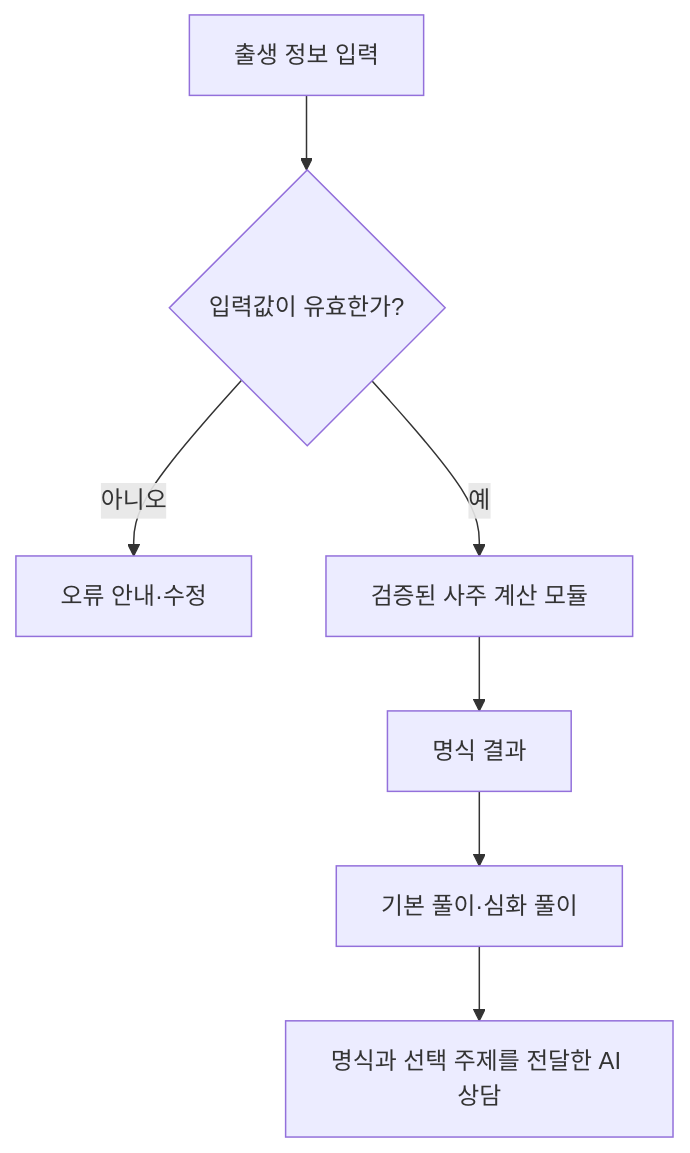
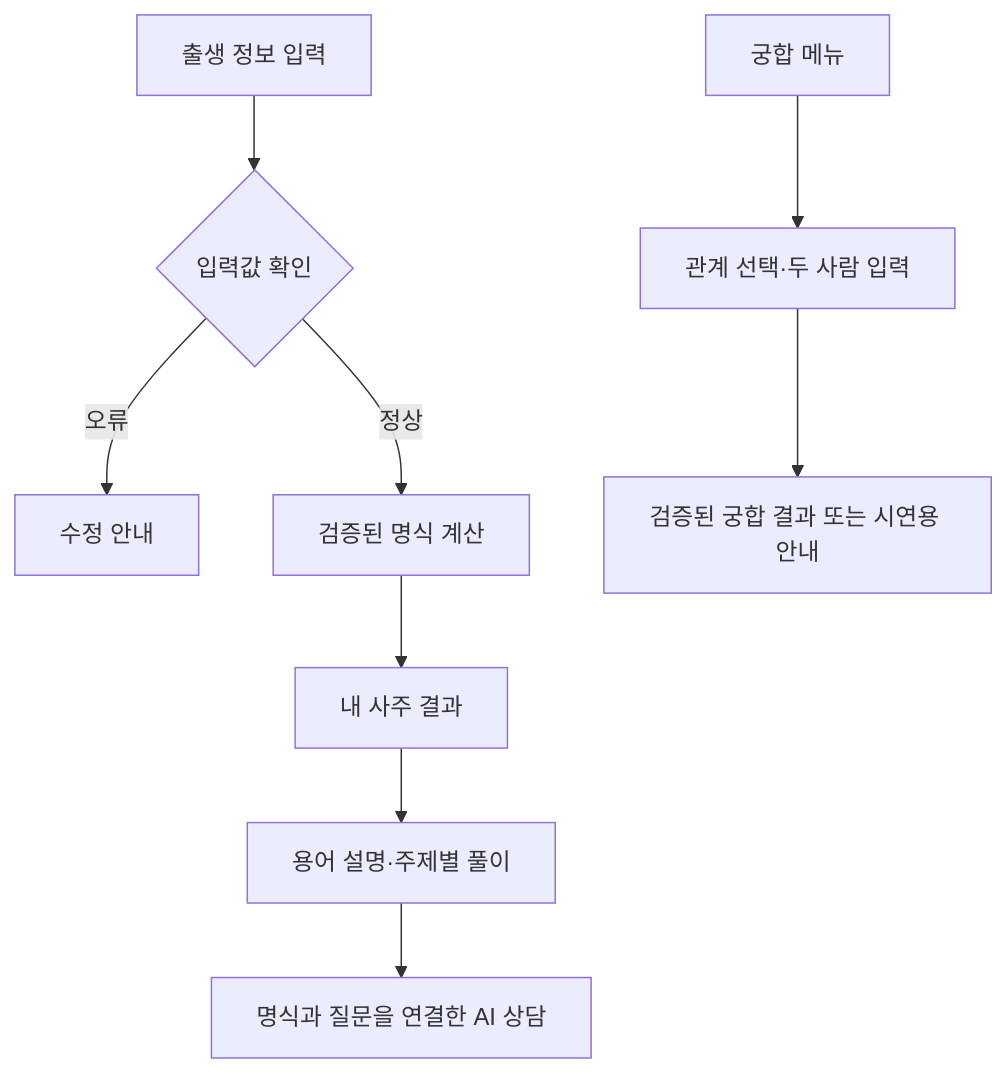
The diagram in README.md (momoorr/POPO), drawn with Mermaid before and after one commit. The commit also changed other lines of this file, not shown here.

````diff
--- a/README.md
+++ b/README.md
@@ -76,9 +78,11 @@
 ```mermaid
 flowchart TD
-    A[출생 정보 입력] --> B{입력값이 유효한가?}
-    B -->|아니오| C[오류 안내·수정]
-    B -->|예| D[검증된 사주 계산 모듈]
-    D --> E[명식 결과]
-    E --> F[기본 풀이·심화 풀이]
-    F --> G[명식과 선택 주제를 전달한 AI 상담]
+    A[출생 정보 입력] --> B{입력값 확인}
+    B -->|오류| C[수정 안내]
+    B -->|정상| D[검증된 명식 계산]
+    D --> E[내 사주 결과]
+    E --> F[용어 설명·주제별 풀이]
+    F --> G[명식과 질문을 연결한 AI 상담]
+    H[궁합 메뉴] --> I[관계 선택·두 사람 입력]
+    I --> J[검증된 궁합 결과 또는 시연용 안내]
 ```
````
